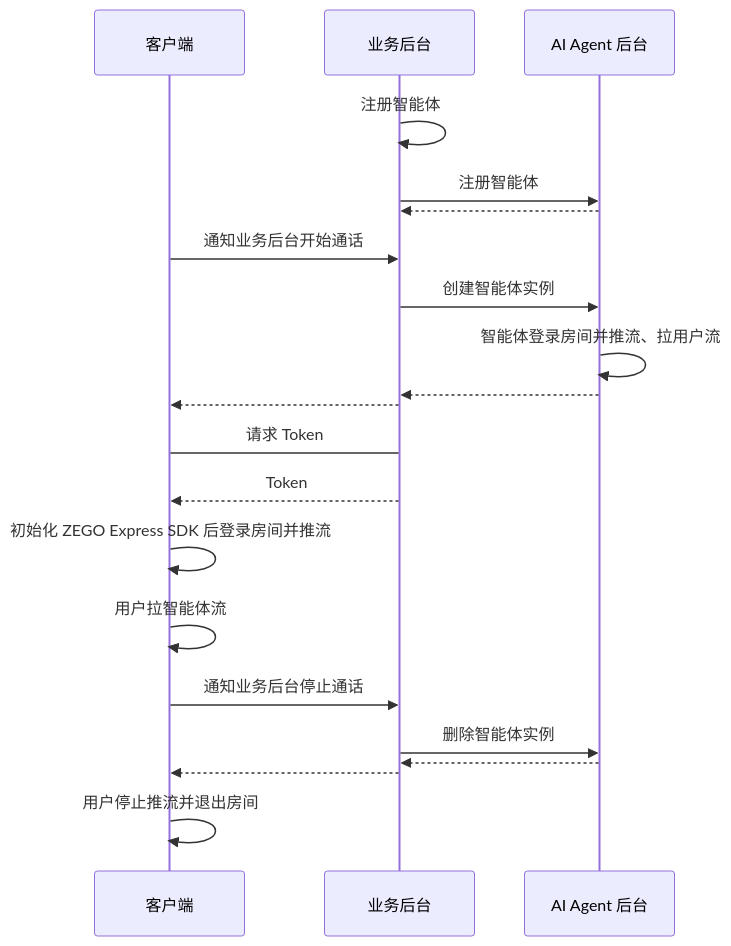
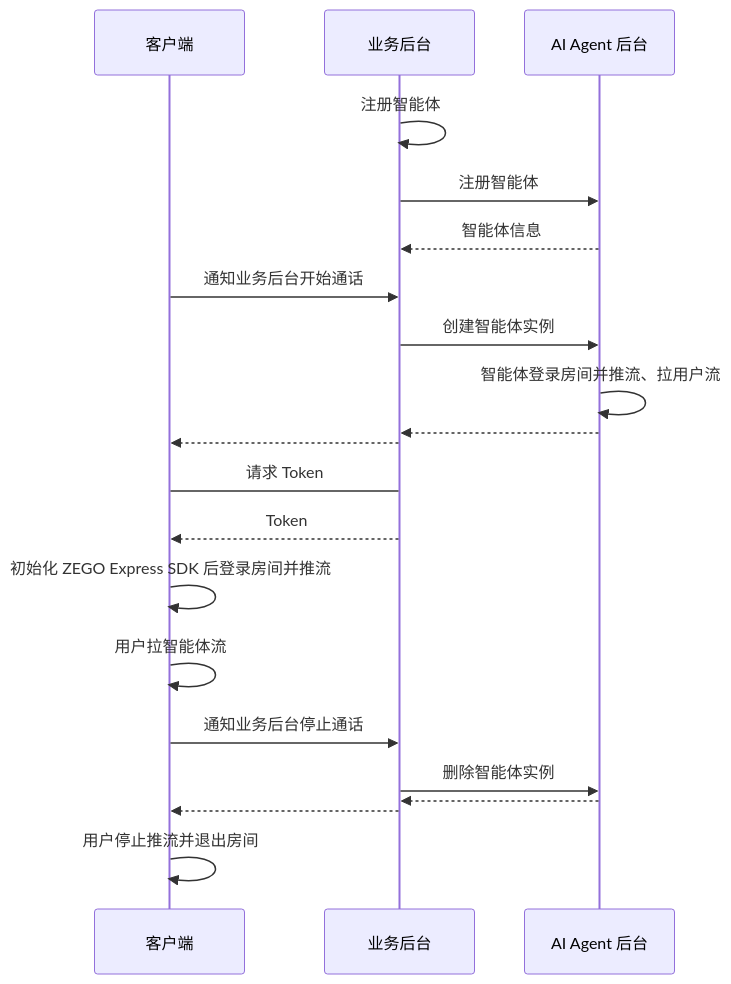
The diagram in core_products/aiagent/zh/android/quick-start.mdx (ZEGOCLOUD/docs_all), drawn with Mermaid before and after one commit. The commit also changed 4 other files, not shown here.

Commit message:
修复时序图渲染错误

````diff
--- a/core_products/aiagent/zh/android/quick-start.mdx
+++ b/core_products/aiagent/zh/android/quick-start.mdx
@@ -68,31 +68,31 @@
 ```mermaid
 sequenceDiagram
     participant 客户端
     participant 业务后台
     participant AI Agent 后台
 
     业务后台->>业务后台: 注册智能体
     业务后台->>AI Agent 后台: 注册智能体
-    AI Agent 后台-->>业务后台:
+    AI Agent 后台-->>业务后台: 智能体信息
 
     客户端->>业务后台: 通知业务后台开始通话
     业务后台->>AI Agent 后台: 创建智能体实例
     AI Agent 后台->>AI Agent 后台: 智能体登录房间并推流、拉用户流
-    AI Agent 后台-->>业务后台:
-    业务后台-->>客户端:
+    AI Agent 后台-->>业务后台: 
+    业务后台-->>客户端: 
 
     客户端->业务后台: 请求 Token
     业务后台-->>客户端: Token
 
     客户端->>客户端: 初始化 ZEGO Express SDK 后登录房间并推流
 
 
     客户端->>客户端: 用户拉智能体流
 
     客户端->>业务后台: 通知业务后台停止通话
     业务后台->>AI Agent 后台: 删除智能体实例
-    AI Agent 后台-->>业务后台:
-    业务后台-->>客户端:
+    AI Agent 后台-->>业务后台: 
+    业务后台-->>客户端: 
 
     客户端->>客户端: 用户停止推流并退出房间
 ```
````
